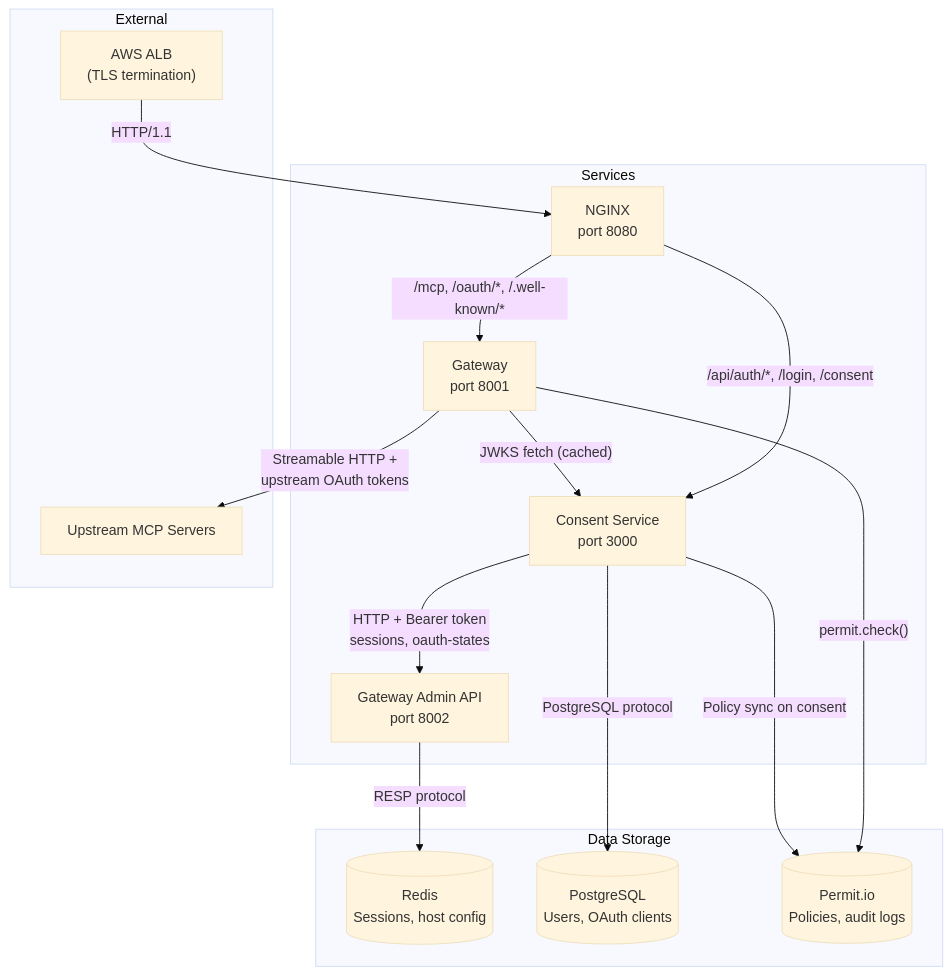
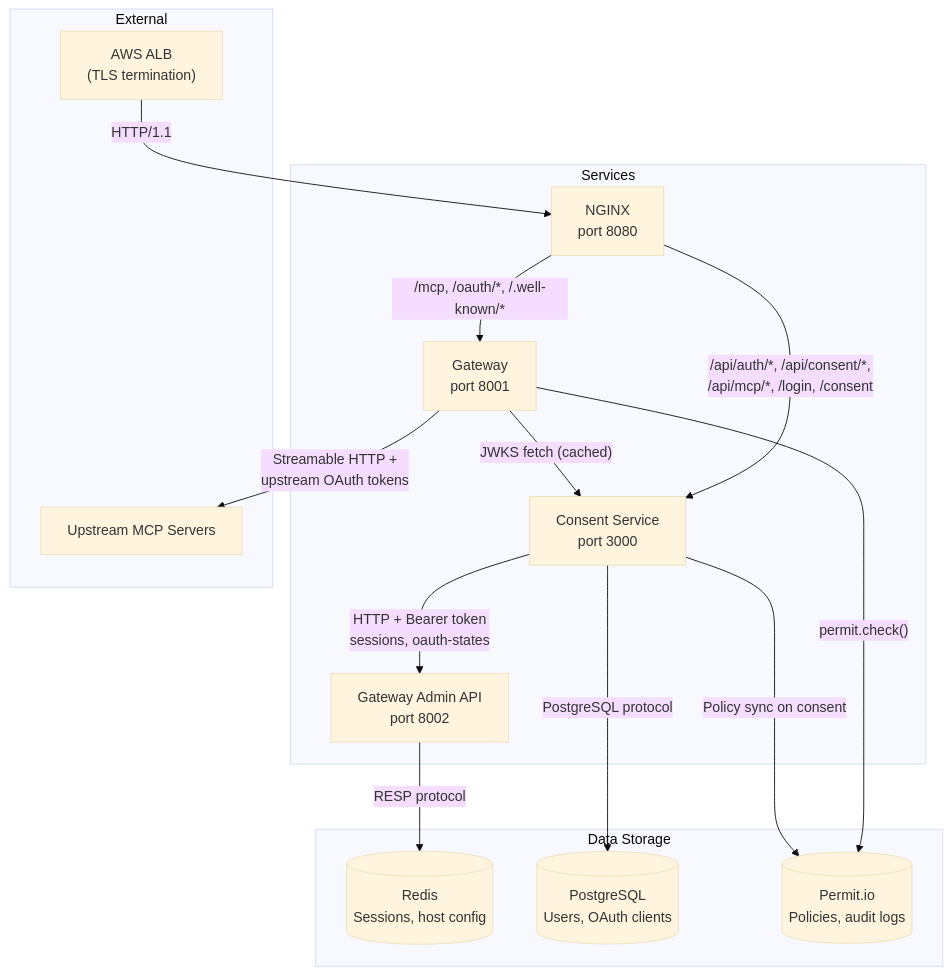
One commit to permitio/docs changed the second of 7 diagrams in docs/ai-security/mcp-permissions/architecture.mdx. Above: the diagram before and after it, drawn with Mermaid (base theme). The commit also changed other lines of this file and 3 other files, not shown here.

````diff
--- a/docs/ai-security/mcp-permissions/architecture.mdx
+++ b/docs/ai-security/mcp-permissions/architecture.mdx
@@ -86,31 +86,31 @@
 ```mermaid
 flowchart TD
   subgraph Storage["Data Storage"]
     REDIS[("Redis<br/>Sessions, host config")]
     PG[("PostgreSQL<br/>Users, OAuth clients")]
     PERMIT[("Permit.io<br/>Policies, audit logs")]
   end
 
   subgraph Services["Services"]
     GW["Gateway<br/>port 8001"]
     GWAdmin["Gateway Admin API<br/>port 8002"]
     CS["Consent Service<br/>port 3000"]
     NGINX["NGINX<br/>port 8080"]
   end
 
   subgraph External["External"]
     ALB["AWS ALB<br/>(TLS termination)"]
     MCP["Upstream MCP Servers"]
   end
 
   ALB -->|"HTTP/1.1"| NGINX
   NGINX -->|"/mcp, /oauth/*, /.well-known/*"| GW
-  NGINX -->|"/api/auth/*, /login, /consent"| CS
+  NGINX -->|"/api/auth/*, /api/consent/*,<br/>/api/mcp/*, /login, /consent"| CS
   CS -->|"HTTP + Bearer token<br/>sessions, oauth-states"| GWAdmin
   GWAdmin -->|"RESP protocol"| REDIS
   CS -->|"PostgreSQL protocol"| PG
   GW -->|"JWKS fetch (cached)"| CS
   GW -->|"permit.check()"| PERMIT
   CS -->|"Policy sync on consent"| PERMIT
   GW -->|"Streamable HTTP +<br/>upstream OAuth tokens"| MCP
 ```
````
